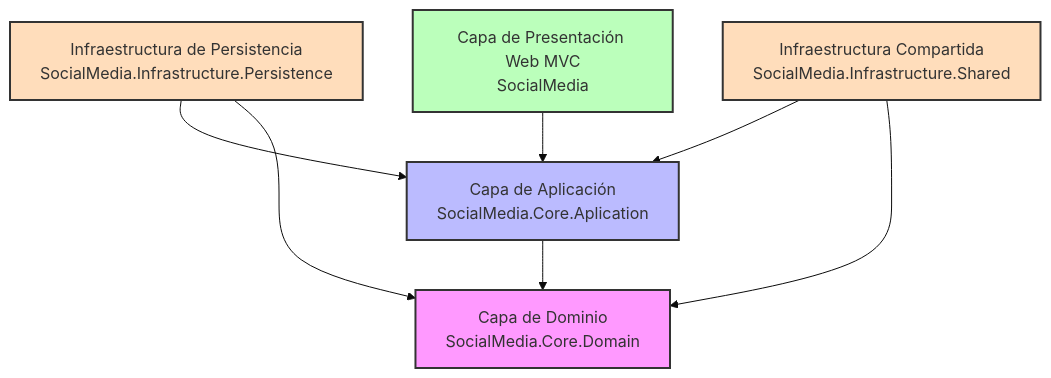
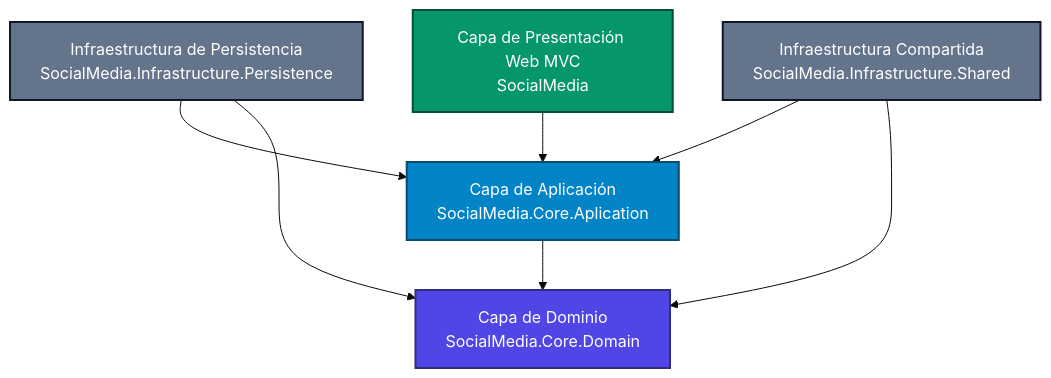
One commit to AlexanderPM11/socialMedia changed the diagram in README.md. Above: the diagram before and after it, drawn with Mermaid (base theme). The commit also changed other lines of this file and 2097 other files, not shown here.

````diff
--- a/README.md
+++ b/README.md
@@ -16,23 +16,23 @@
 ```mermaid
 graph TD
     %% Estilos de Nodos
-    classDef domain fill:#f9f,stroke:#333,stroke-width:2px;
-    classDef app fill:#bbf,stroke:#333,stroke-width:2px;
-    classDef infra fill:#fdb,stroke:#333,stroke-width:2px;
-    classDef presentation fill:#bfb,stroke:#333,stroke-width:2px;
+    classDef domain fill:#4f46e5,stroke:#312e81,stroke-width:2px,color:#fff;
+    classDef app fill:#0284c7,stroke:#0c4a6e,stroke-width:2px,color:#fff;
+    classDef infra fill:#64748b,stroke:#0f172a,stroke-width:2px,color:#fff;
+    classDef presentation fill:#059669,stroke:#064e3b,stroke-width:2px,color:#fff;
 
     %% Estructura
     Presentation[Capa de Presentación Web MVC<br/>SocialMedia] --> Application[Capa de Aplicación<br/>SocialMedia.Core.Aplication]
     Persistence[Infraestructura de Persistencia<br/>SocialMedia.Infrastructure.Persistence] --> Application
     Shared[Infraestructura Compartida<br/>SocialMedia.Infrastructure.Shared] --> Application
     
     Persistence --> Domain[Capa de Dominio<br/>SocialMedia.Core.Domain]
     Shared --> Domain
     Application --> Domain
 
     %% Asignación de Estilos
     class Domain domain;
     class Application app;
     class Persistence,Shared infra;
     class Presentation presentation;
 ```
````
